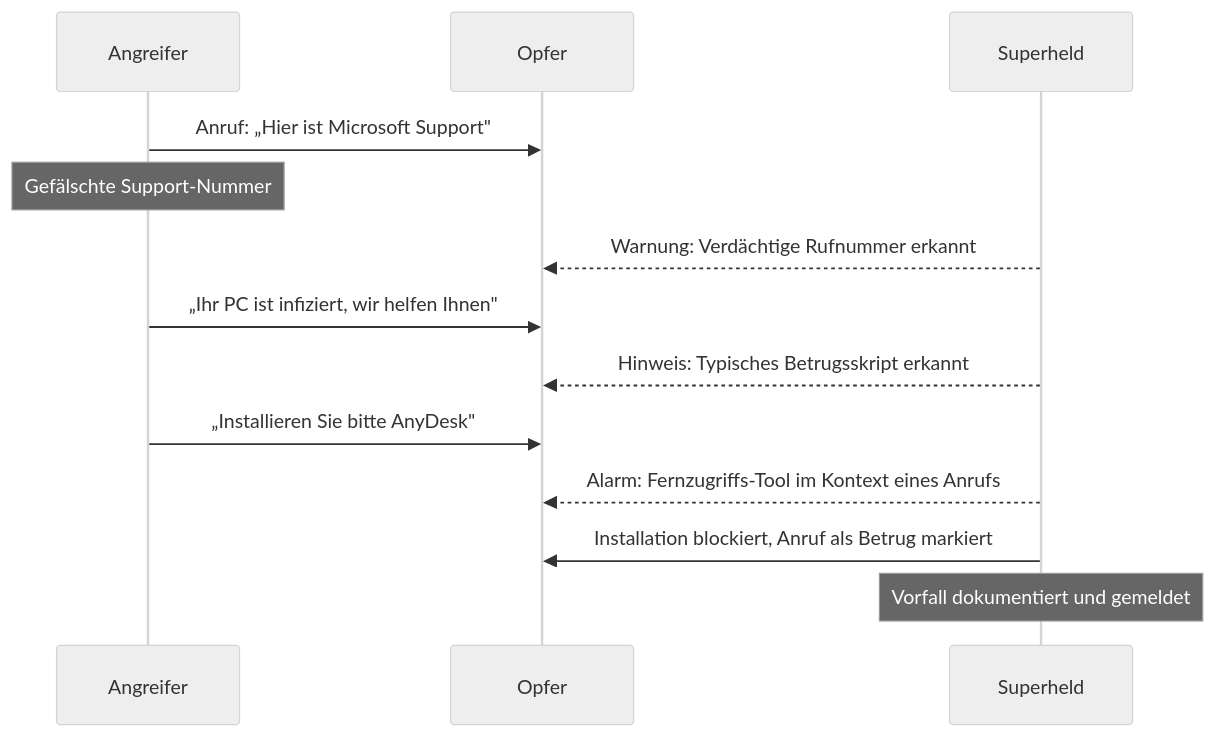
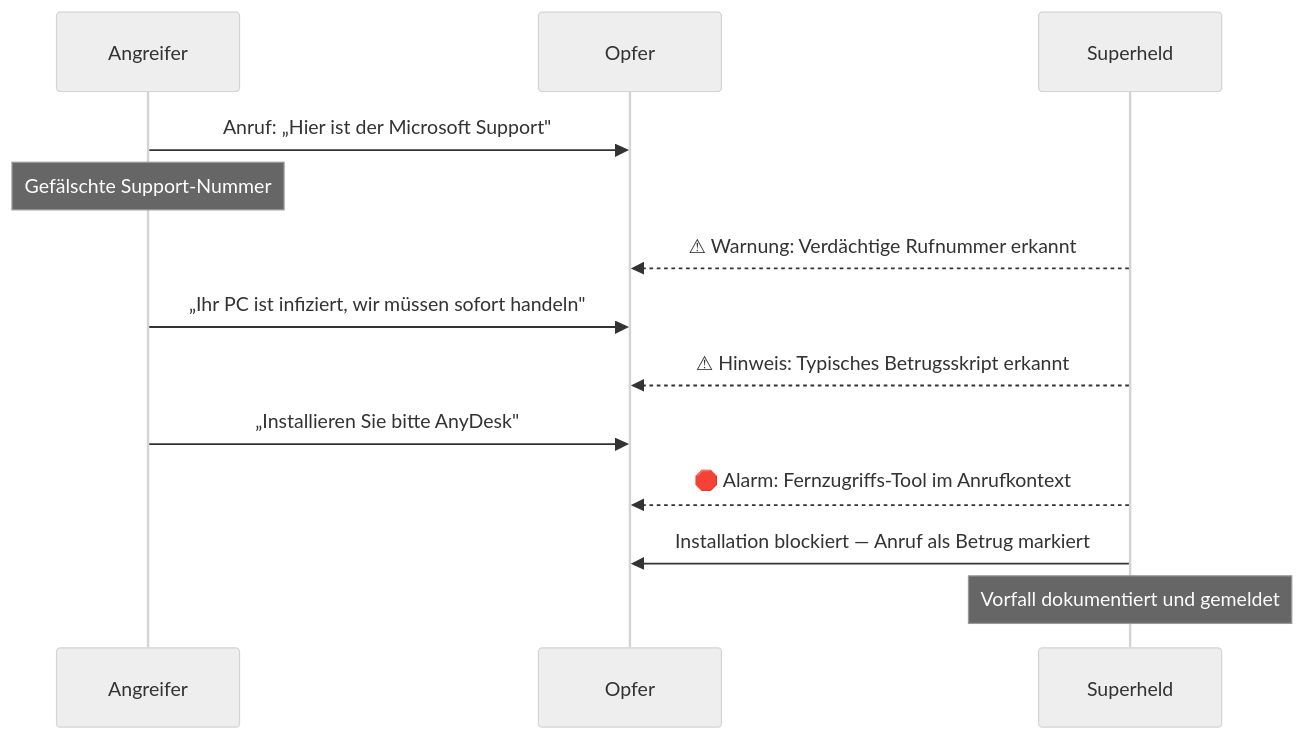
Before and after one commit to benediktpoller/docs.superheld.app: the diagram in astro-site/src/content/docs/experts/attack-simulations.mdx, drawn with Mermaid (neutral theme). The commit also changed other lines of this file and 18 other files, not shown here.

````diff
--- a/astro-site/src/content/docs/experts/attack-simulations.mdx
+++ b/astro-site/src/content/docs/experts/attack-simulations.mdx
@@ -33,16 +37,16 @@
 ```mermaid
 sequenceDiagram
     participant Angreifer
     participant Opfer
     participant Superheld
 
-    Angreifer->>Opfer: Anruf: „Hier ist Microsoft Support"
+    Angreifer->>Opfer: Anruf: „Hier ist der Microsoft Support"
     Note over Angreifer: Gefälschte Support-Nummer
-    Superheld-->>Opfer: Warnung: Verdächtige Rufnummer erkannt
-    Angreifer->>Opfer: „Ihr PC ist infiziert, wir helfen Ihnen"
-    Superheld-->>Opfer: Hinweis: Typisches Betrugsskript erkannt
+    Superheld-->>Opfer: ⚠ Warnung: Verdächtige Rufnummer erkannt
+    Angreifer->>Opfer: „Ihr PC ist infiziert, wir müssen sofort handeln"
+    Superheld-->>Opfer: ⚠ Hinweis: Typisches Betrugsskript erkannt
     Angreifer->>Opfer: „Installieren Sie bitte AnyDesk"
-    Superheld-->>Opfer: Alarm: Fernzugriffs-Tool im Kontext eines Anrufs
-    Superheld->>Opfer: Installation blockiert, Anruf als Betrug markiert
+    Superheld-->>Opfer: 🛑 Alarm: Fernzugriffs-Tool im Anrufkontext
+    Superheld->>Opfer: Installation blockiert — Anruf als Betrug markiert
     Note over Superheld: Vorfall dokumentiert und gemeldet
 ```
````
